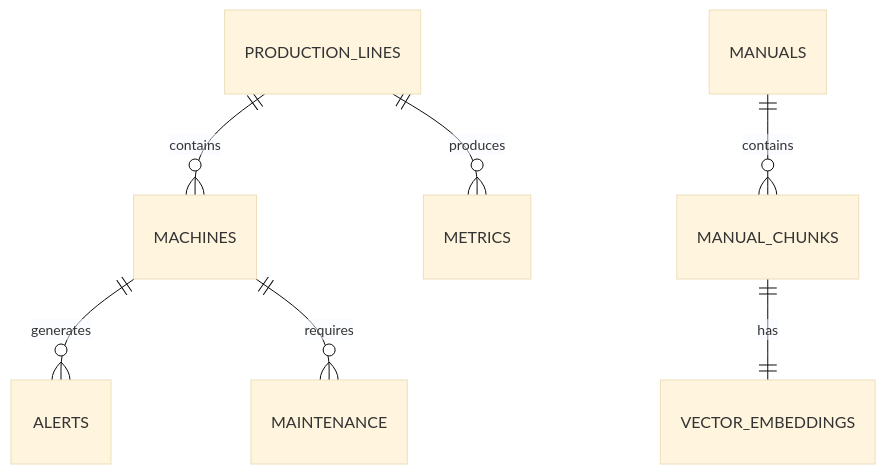
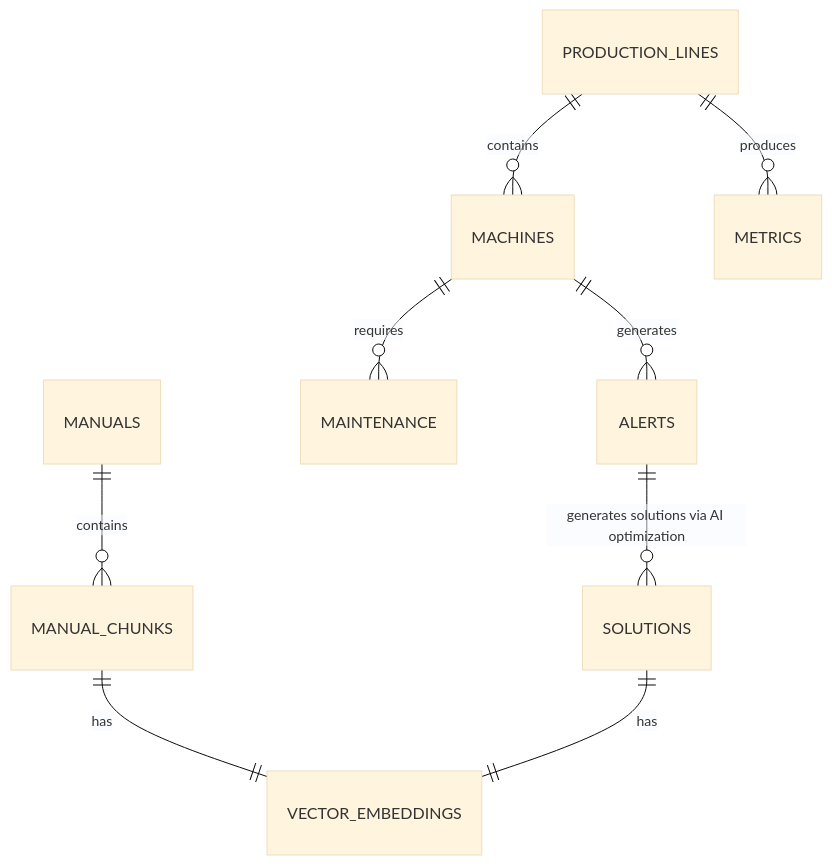
The second of 2 diagrams in README.md (couchbase-examples/couchbase-google-mcp-toolbox-demo), drawn with Mermaid (base theme) before and after one commit. The commit also changed other lines of this file and 1 other file, not shown here.

````diff
--- a/README.md
+++ b/README.md
@@ -237,9 +237,11 @@
 ```mermaid
 erDiagram
     PRODUCTION_LINES ||--o{ MACHINES : contains
     MACHINES ||--o{ ALERTS : generates
     MACHINES ||--o{ MAINTENANCE : requires
     PRODUCTION_LINES ||--o{ METRICS : produces
     MANUALS ||--o{ MANUAL_CHUNKS : contains
     MANUAL_CHUNKS ||--|| VECTOR_EMBEDDINGS : has
+    ALERTS ||--o{ SOLUTIONS : "generates solutions via AI optimization"
+    SOLUTIONS ||--|| VECTOR_EMBEDDINGS : has
 ```
````
